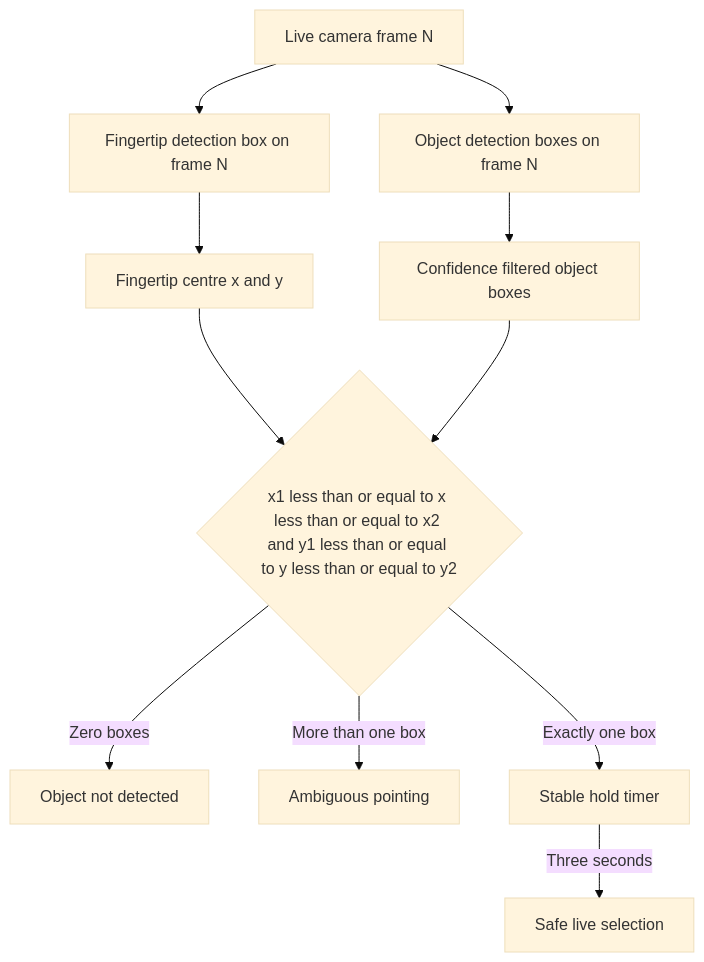
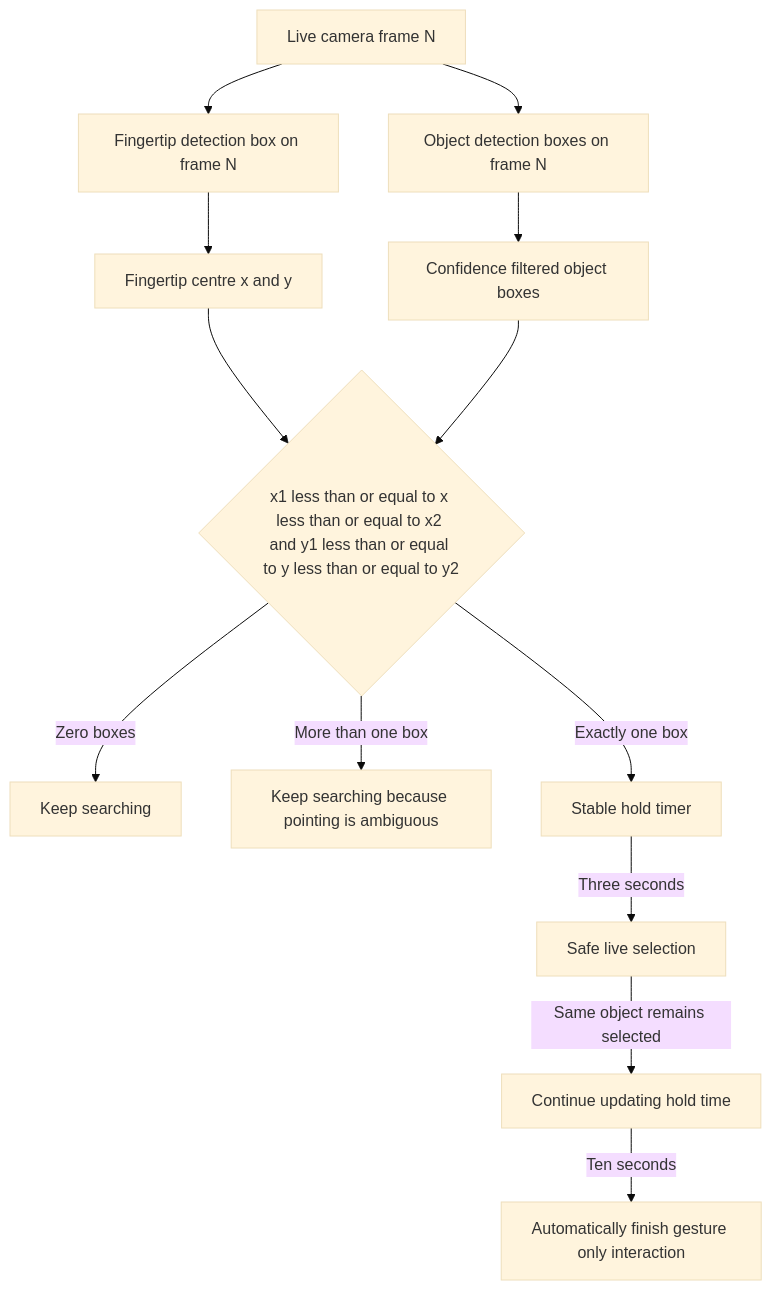
Before and after one commit to Gaurang8200/MASTER_THESIS: the third of 3 diagrams in UR_Audio_Steuerung_Using_LLM/MULTIMODAL_SPEECH_GESTURE_PIPELINE.md, drawn with Mermaid (base theme). The commit also changed other lines of this file and 15 other files, not shown here.

````diff
--- a/UR_Audio_Steuerung_Using_LLM/MULTIMODAL_SPEECH_GESTURE_PIPELINE.md
+++ b/UR_Audio_Steuerung_Using_LLM/MULTIMODAL_SPEECH_GESTURE_PIPELINE.md
@@ -83,13 +161,15 @@
 ```mermaid
 flowchart TD
     A["Live camera frame N"] --> B["Fingertip detection box on frame N"]
     A --> C["Object detection boxes on frame N"]
     B --> D["Fingertip centre x and y"]
     C --> E["Confidence filtered object boxes"]
     D --> F{"x1 less than or equal to x less than or equal to x2 and y1 less than or equal to y less than or equal to y2"}
     E --> F
-    F -->|"Zero boxes"| G["Object not detected"]
-    F -->|"More than one box"| H["Ambiguous pointing"]
+    F -->|"Zero boxes"| G["Keep searching"]
+    F -->|"More than one box"| H["Keep searching because pointing is ambiguous"]
     F -->|"Exactly one box"| I["Stable hold timer"]
     I -->|"Three seconds"| J["Safe live selection"]
+    J -->|"Same object remains selected"| K["Continue updating hold time"]
+    K -->|"Ten seconds"| L["Automatically finish gesture only interaction"]
 ```
````
